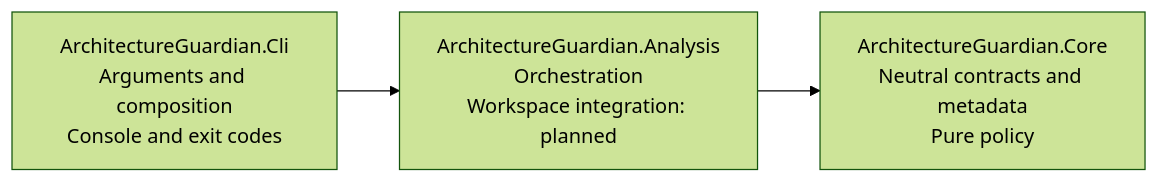
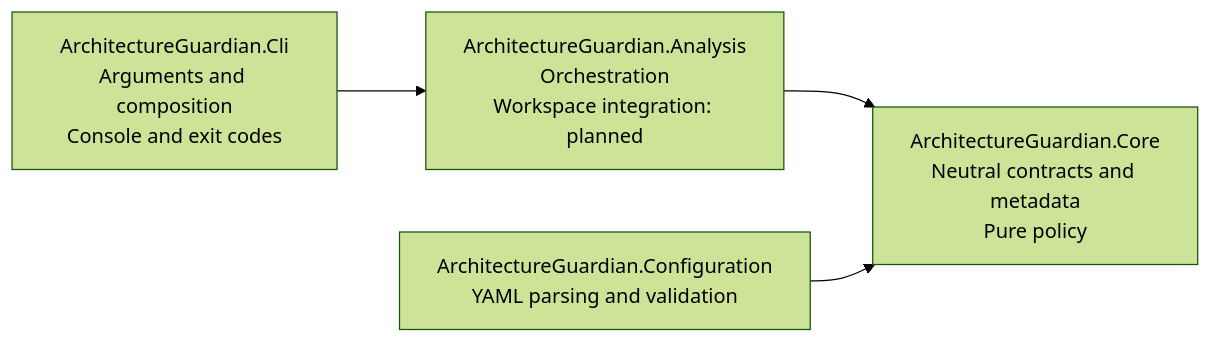
One commit to kbourzayq/arch-guard changed the first of 3 diagrams in docs/architecture/overview.md. Above: the diagram before and after it, drawn with Mermaid (forest theme). The commit also changed other lines of this file and 76 other files, not shown here.

First line of the commit message:
feat(configuration): implement F03 versioned YAML policy

````diff
--- a/docs/architecture/overview.md
+++ b/docs/architecture/overview.md
@@ -30,9 +31,11 @@
 ```mermaid
 flowchart LR
     Cli["ArchitectureGuardian.Cli<br/>Arguments and composition<br/>Console and exit codes"]
     Analysis["ArchitectureGuardian.Analysis<br/>Orchestration<br/>Workspace integration: planned"]
     Core["ArchitectureGuardian.Core<br/>Neutral contracts and metadata<br/>Pure policy"]
+    Configuration["ArchitectureGuardian.Configuration<br/>YAML parsing and validation"]
 
     Cli --> Analysis
     Analysis --> Core
+    Configuration --> Core
 ```
````
